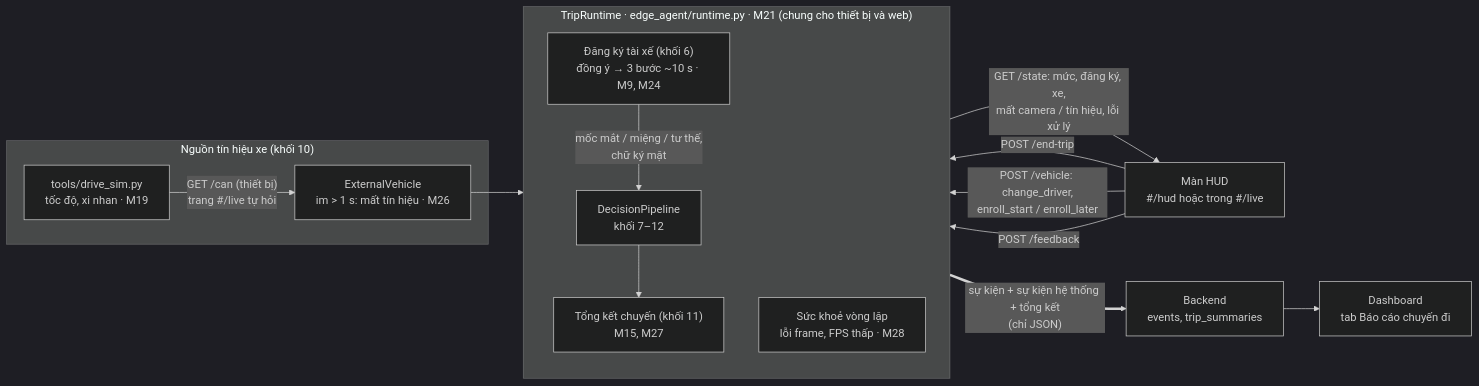
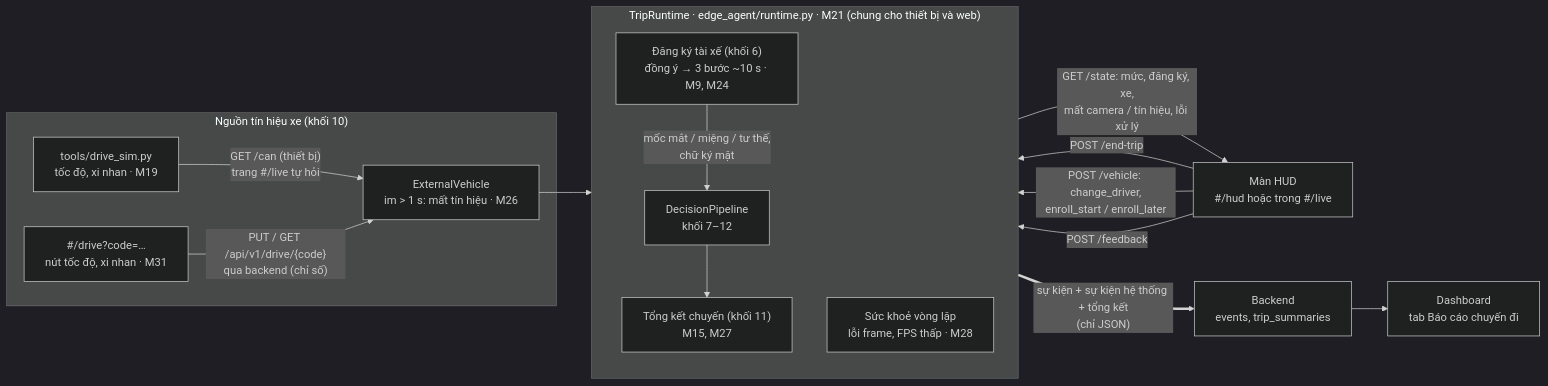
The fifth of 5 diagrams in docs/architecture_diagram.md (doananhquan26072005/driverguard), drawn with Mermaid (dark theme) before and after one commit. The commit also changed other lines of this file and 7 other files, not shown here.

Commit message:
docs: M30 / M31 in roadmap, release notes, FMEA, HowToUse, README, architecture

````diff
--- a/docs/architecture_diagram.md
+++ b/docs/architecture_diagram.md
@@ -222,30 +222,32 @@
 ```mermaid
 flowchart LR
     subgraph SRC["Nguồn tín hiệu xe (khối 10)"]
         SIM["tools/drive_sim.py<br/>tốc độ, xi nhan · M19"]
         EXT["ExternalVehicle<br/>im &gt; 1 s: mất tín hiệu · M26"]
         SIM -- "GET /can (thiết bị)<br/>trang #/live tự hỏi" --> EXT
+        WEBDRIVE["#/drive?code=…<br/>nút tốc độ, xi nhan · M31"]
+        WEBDRIVE -- "PUT / GET /api/v1/drive/{code}<br/>qua backend (chỉ số)" --> EXT
     end
 
     subgraph RT["TripRuntime · edge_agent/runtime.py · M21 (chung cho thiết bị và web)"]
         direction TB
         EN["Đăng ký tài xế (khối 6)<br/>đồng ý → 3 bước ~10 s · M9, M24"]
         PIPE["DecisionPipeline<br/>khối 7–12"]
         SUM["Tổng kết chuyến (khối 11)<br/>M15, M27"]
         HEALTH["Sức khoẻ vòng lặp<br/>lỗi frame, FPS thấp · M28"]
         EN -- "mốc mắt / miệng / tư thế,<br/>chữ ký mặt" --> PIPE
         PIPE --> SUM
     end
 
     HUD["Màn HUD<br/>#/hud hoặc trong #/live"]
     API["Backend<br/>events, trip_summaries"]
     DASH["Dashboard<br/>tab Báo cáo chuyến đi"]
 
     EXT --> PIPE
     HUD -- "POST /vehicle: change_driver,<br/>enroll_start / enroll_later" --> RT
     HUD -- "POST /end-trip" --> SUM
     HUD -- "POST /feedback" --> RT
     RT -- "GET /state: mức, đăng ký, xe,<br/>mất camera / tín hiệu, lỗi xử lý" --> HUD
     RT == "sự kiện + sự kiện hệ thống + tổng kết<br/>(chỉ JSON)" ==> API
     API --> DASH
 ```
````
